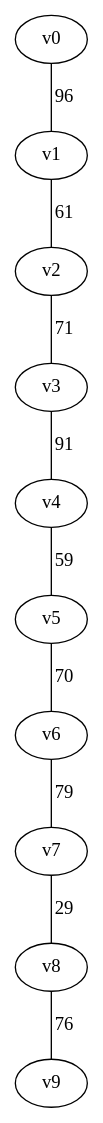
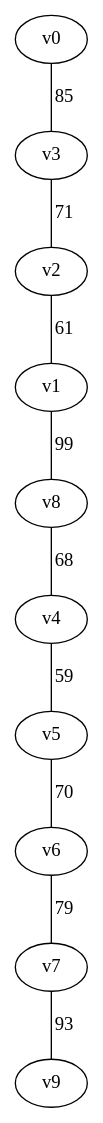
Before and after one commit to japie1235813/Algo_PA3: the diagram in outputs/gn10_dfs_2.dot, drawn with Graphviz. The commit also changed 7 other files, not shown here.

```diff
--- a/outputs/gn10_dfs_2.dot
+++ b/outputs/gn10_dfs_2.dot
@@ -1,11 +1,11 @@
 graph gn10_dfs {
-v0 -- v1 [label = "96"];
-v1 -- v2 [label = "61"];
-v2 -- v3 [label = "71"];
-v3 -- v4 [label = "91"];
+v0 -- v3 [label = "85"];
+v3 -- v2 [label = "71"];
+v2 -- v1 [label = "61"];
+v1 -- v8 [label = "99"];
+v8 -- v4 [label = "68"];
 v4 -- v5 [label = "59"];
 v5 -- v6 [label = "70"];
 v6 -- v7 [label = "79"];
-v7 -- v8 [label = "29"];
-v8 -- v9 [label = "76"];
+v7 -- v9 [label = "93"];
 }
```
